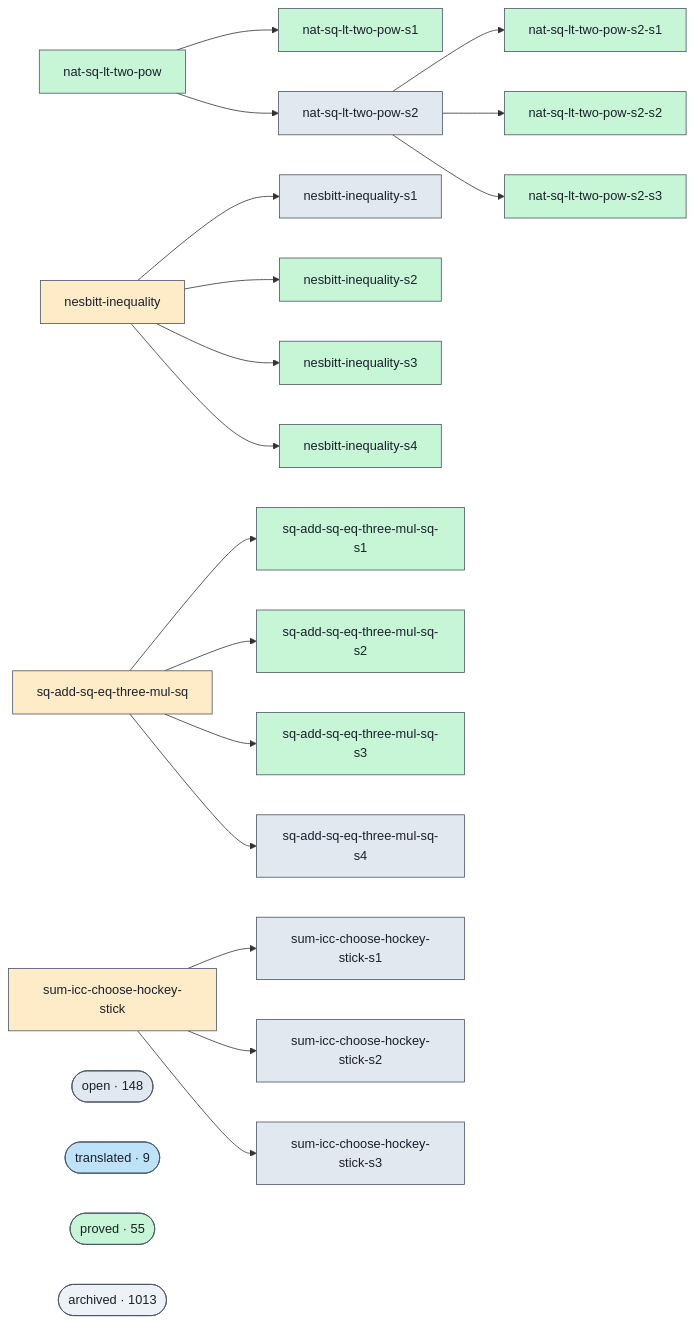
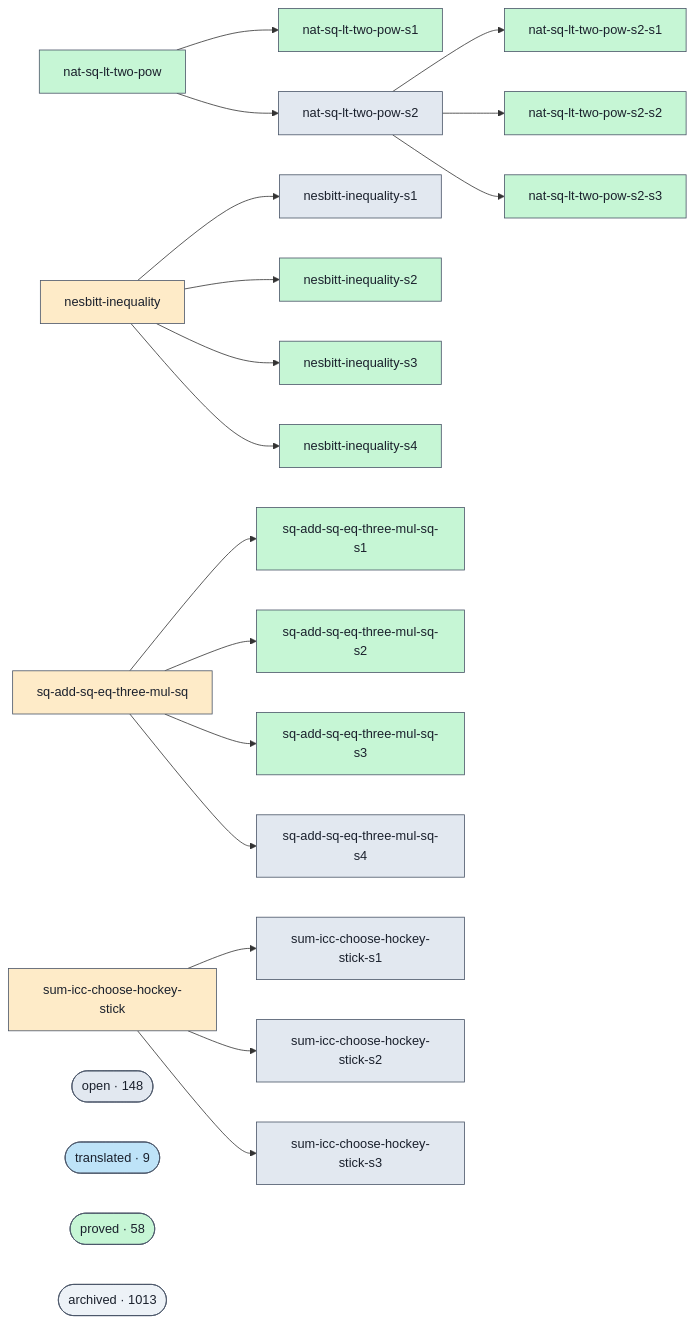
The diagram in docs/proofs-contributors-visualisation.md (ohdearquant/unsorry), drawn with Mermaid before and after one commit. The commit also changed other lines of this file and 2 other files, not shown here.

```diff
--- a/docs/proofs-contributors-visualisation.md
+++ b/docs/proofs-contributors-visualisation.md
@@ -102,7 +102,7 @@
   class cluster_open open;
   cluster_translated(["translated · 9"])
   class cluster_translated translated;
-  cluster_proved(["proved · 55"])
+  cluster_proved(["proved · 58"])
   class cluster_proved proved;
   cluster_archived(["archived · 1013"])
   class cluster_archived unknown;
```
